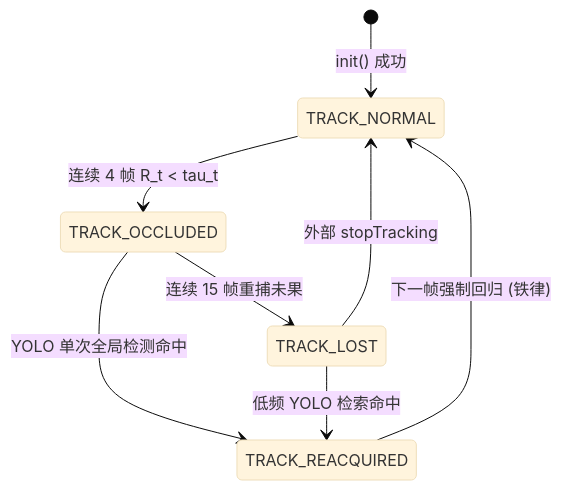
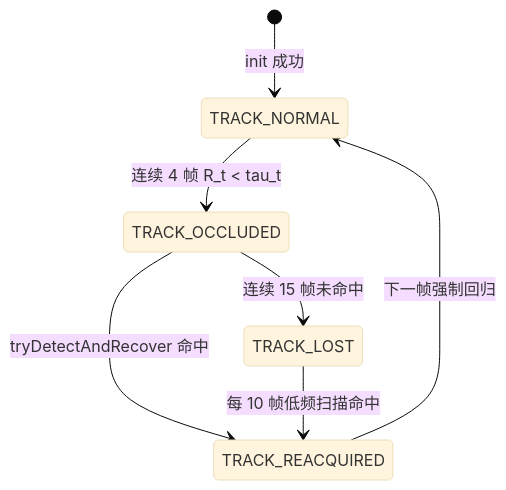
The first of 3 diagrams in 待执行方案/Qt上位机嵌入LightTrack轻量单目标跟踪算法执行方案.md (soranokiseki1437/nanhu_RGB_PTZ), drawn with Mermaid (base theme) before and after one commit. The commit also changed other lines of this file and 2 other files, not shown here.

````diff
--- a/待执行方案/Qt上位机嵌入LightTrack轻量单目标跟踪算法执行方案.md
+++ b/待执行方案/Qt上位机嵌入LightTrack轻量单目标跟踪算法执行方案.md
@@ -713,10 +425,9 @@
 ```mermaid
 stateDiagram-v2
-    [*] --> TRACK_NORMAL : init() 成功
+    [*] --> TRACK_NORMAL : init 成功
     TRACK_NORMAL --> TRACK_OCCLUDED : 连续 4 帧 R_t < tau_t
-    TRACK_OCCLUDED --> TRACK_REACQUIRED : YOLO 单次全局检测命中
-    TRACK_OCCLUDED --> TRACK_LOST : 连续 15 帧重捕未果
-    TRACK_REACQUIRED --> TRACK_NORMAL : 下一帧强制回归 (铁律)
-    TRACK_LOST --> TRACK_REACQUIRED : 低频 YOLO 检索命中
-    TRACK_LOST --> TRACK_NORMAL : 外部 stopTracking
+    TRACK_OCCLUDED --> TRACK_REACQUIRED : tryDetectAndRecover 命中
+    TRACK_OCCLUDED --> TRACK_LOST : 连续 15 帧未命中
+    TRACK_LOST --> TRACK_REACQUIRED : 每 10 帧低频扫描命中
+    TRACK_REACQUIRED --> TRACK_NORMAL : 下一帧强制回归
 ```
````
